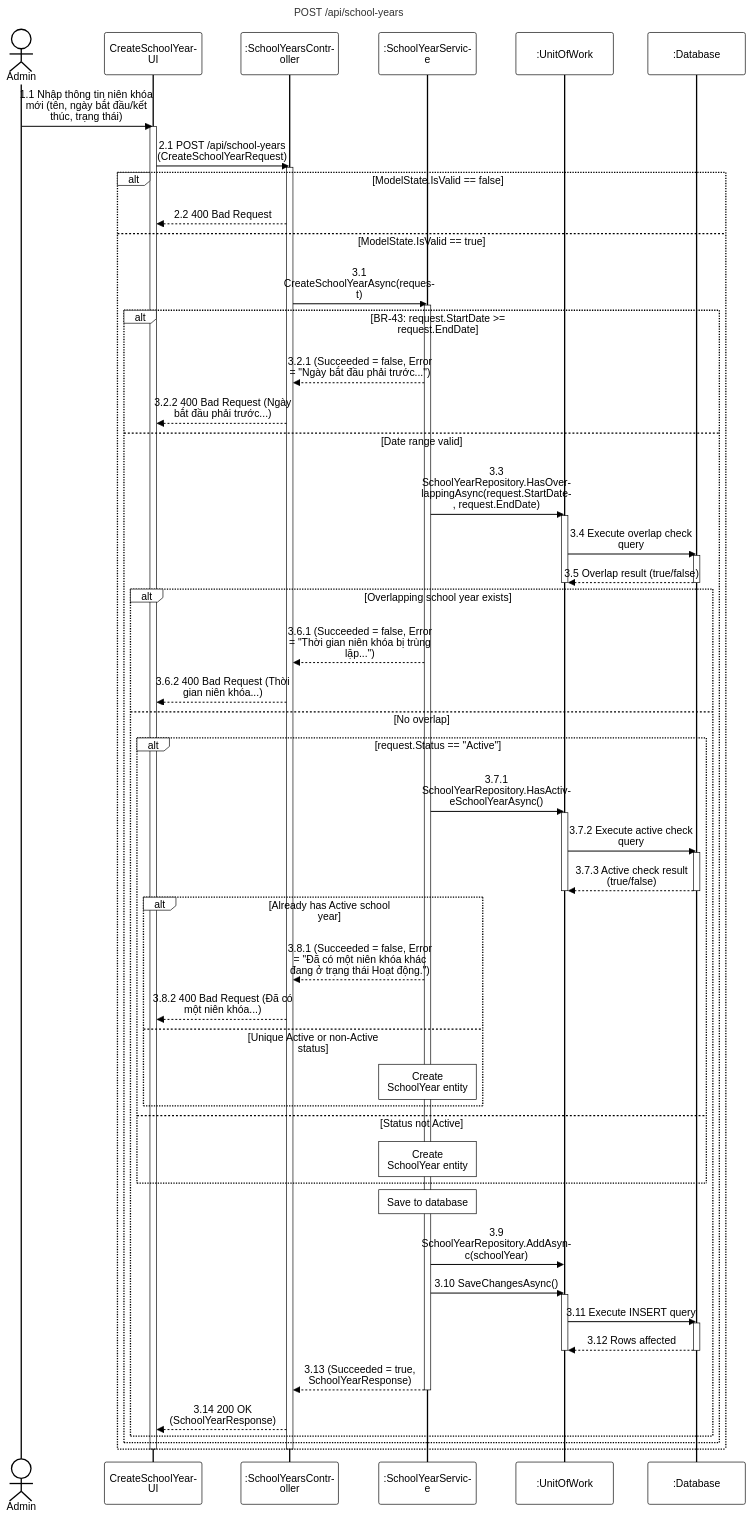
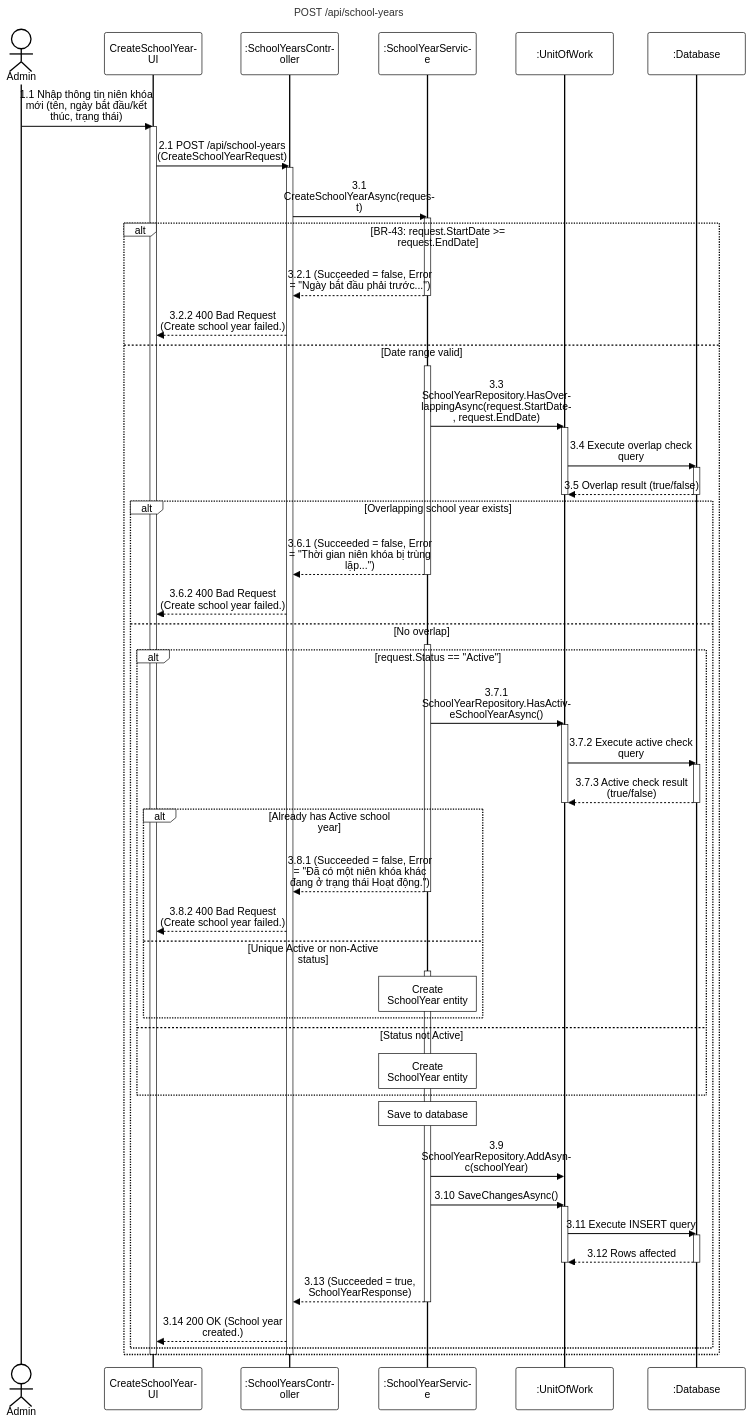
One commit to PhucAnDev/docx-diagram changed the diagram in 08-reports-system-settings/sequence-diagram/apis/create-school-year.mmd. Above: the diagram before and after it, drawn with Mermaid. The commit also changed 3 other files, not shown here.

Commit message:
fix: update create-school-year.mmd and update-school-year.mmd with correct validations, messages, and activations

```diff
--- a/08-reports-system-settings/sequence-diagram/apis/create-school-year.mmd
+++ b/08-reports-system-settings/sequence-diagram/apis/create-school-year.mmd
@@ -1,74 +1,76 @@
 %%{init: {'theme':'base', 'themeVariables': {'actorBkg':'#ffffff','actorBorder':'#000000','actorTextColor':'#000000','actorLineColor':'#000000','signalColor':'#000000','signalTextColor':'#000000','labelBoxBkgColor':'#ffffff','labelBoxBorderColor':'#000000','labelTextColor':'#000000','loopTextColor':'#000000','noteBkgColor':'#ffffff','noteBorderColor':'#000000','noteTextColor':'#000000','activationBorderColor':'#000000','activationBkgColor':'#ffffff','sequenceNumberColor':'#000000'}, 'sequence': {'width':150,'height':65,'actorFontSize':16,'messageFontSize':16,'wrap':true,'wrapPadding':10}}}%%
 sequenceDiagram
     title POST /api/school-years
     actor Admin as Admin
     participant UI as CreateSchoolYearUI
     participant Endpoint as :SchoolYearsController
     participant Service as :SchoolYearService
     participant DB as :UnitOfWork
     participant Database as :Database
 
     Admin->>UI: 1.1 Nhập thông tin niên khóa mới (tên, ngày bắt đầu/kết thúc, trạng thái)
     activate UI
     UI->>Endpoint: 2.1 POST /api/school-years (CreateSchoolYearRequest)
     activate Endpoint
 
-    alt ModelState.IsValid == false
-        Endpoint-->>UI: 2.2 400 Bad Request
-    else ModelState.IsValid == true
-        Endpoint->>Service: 3.1 CreateSchoolYearAsync(request)
+    Endpoint->>Service: 3.1 CreateSchoolYearAsync(request)
+    activate Service
+
+    alt BR-43: request.StartDate >= request.EndDate
+        Service-->>Endpoint: 3.2.1 (Succeeded = false, Error = "Ngày bắt đầu phải trước...")
+        deactivate Service
+        Endpoint-->>UI: 3.2.2 400 Bad Request (Create school year failed.)
+    else Date range valid
         activate Service
+        Service->>DB: 3.3 SchoolYearRepository.HasOverlappingAsync(request.StartDate, request.EndDate)
+        activate DB
+        DB->>Database: 3.4 Execute overlap check query
+        activate Database
+        Database-->>DB: 3.5 Overlap result (true/false)
+        deactivate Database
+        deactivate DB
 
-        alt BR-43: request.StartDate >= request.EndDate
-            Service-->>Endpoint: 3.2.1 (Succeeded = false, Error = "Ngày bắt đầu phải trước...")
-            Endpoint-->>UI: 3.2.2 400 Bad Request (Ngày bắt đầu phải trước...)
-        else Date range valid
-            Service->>DB: 3.3 SchoolYearRepository.HasOverlappingAsync(request.StartDate, request.EndDate)
+        alt Overlapping school year exists
+            Service-->>Endpoint: 3.6.1 (Succeeded = false, Error = "Thời gian niên khóa bị trùng lặp...")
+            deactivate Service
+            Endpoint-->>UI: 3.6.2 400 Bad Request (Create school year failed.)
+        else No overlap
+            activate Service
+            alt request.Status == "Active"
+                Service->>DB: 3.7.1 SchoolYearRepository.HasActiveSchoolYearAsync()
+                activate DB
+                DB->>Database: 3.7.2 Execute active check query
+                activate Database
+                Database-->>DB: 3.7.3 Active check result (true/false)
+                deactivate Database
+                deactivate DB
+
+                alt Already has Active school year
+                    Service-->>Endpoint: 3.8.1 (Succeeded = false, Error = "Đã có một niên khóa khác đang ở trạng thái Hoạt động.")
+                    deactivate Service
+                    Endpoint-->>UI: 3.8.2 400 Bad Request (Create school year failed.)
+                else Unique Active or non-Active status
+                    activate Service
+                    note over Service: Create SchoolYear entity
+                end
+            else Status not Active
+                note over Service: Create SchoolYear entity
+            end
+
+            note over Service: Save to database
+            Service->>DB: 3.9 SchoolYearRepository.AddAsync(schoolYear)
+            Service->>DB: 3.10 SaveChangesAsync()
             activate DB
-            DB->>Database: 3.4 Execute overlap check query
+            DB->>Database: 3.11 Execute INSERT query
             activate Database
-            Database-->>DB: 3.5 Overlap result (true/false)
+            Database-->>DB: 3.12 Rows affected
             deactivate Database
             deactivate DB
 
-            alt Overlapping school year exists
-                Service-->>Endpoint: 3.6.1 (Succeeded = false, Error = "Thời gian niên khóa bị trùng lặp...")
-                Endpoint-->>UI: 3.6.2 400 Bad Request (Thời gian niên khóa...)
-            else No overlap
-                alt request.Status == "Active"
-                    Service->>DB: 3.7.1 SchoolYearRepository.HasActiveSchoolYearAsync()
-                    activate DB
-                    DB->>Database: 3.7.2 Execute active check query
-                    activate Database
-                    Database-->>DB: 3.7.3 Active check result (true/false)
-                    deactivate Database
-                    deactivate DB
-
-                    alt Already has Active school year
-                        Service-->>Endpoint: 3.8.1 (Succeeded = false, Error = "Đã có một niên khóa khác đang ở trạng thái Hoạt động.")
-                        Endpoint-->>UI: 3.8.2 400 Bad Request (Đã có một niên khóa...)
-                    else Unique Active or non-Active status
-                        note over Service: Create SchoolYear entity
-                    end
-                else Status not Active
-                    note over Service: Create SchoolYear entity
-                end
-
-                note over Service: Save to database
-                Service->>DB: 3.9 SchoolYearRepository.AddAsync(schoolYear)
-                Service->>DB: 3.10 SaveChangesAsync()
-                activate DB
-                DB->>Database: 3.11 Execute INSERT query
-                activate Database
-                Database-->>DB: 3.12 Rows affected
-                deactivate Database
-                deactivate DB
-
-                Service-->>Endpoint: 3.13 (Succeeded = true, SchoolYearResponse)
-                deactivate Service
-                Endpoint-->>UI: 3.14 200 OK (SchoolYearResponse)
-            end
+            Service-->>Endpoint: 3.13 (Succeeded = true, SchoolYearResponse)
+            deactivate Service
+            Endpoint-->>UI: 3.14 200 OK (School year created.)
         end
     end
     deactivate Endpoint
     deactivate UI
```
